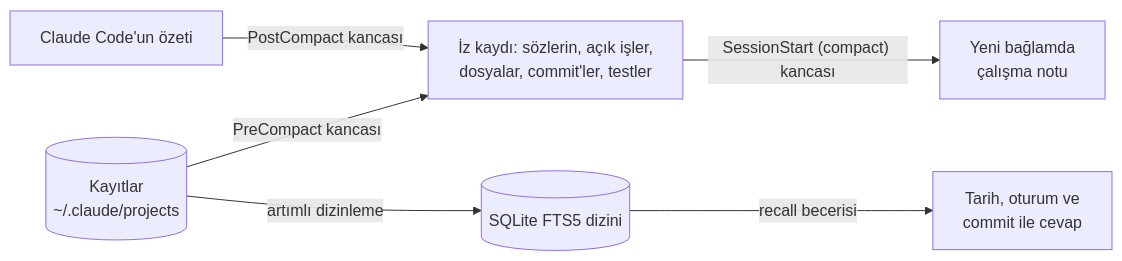
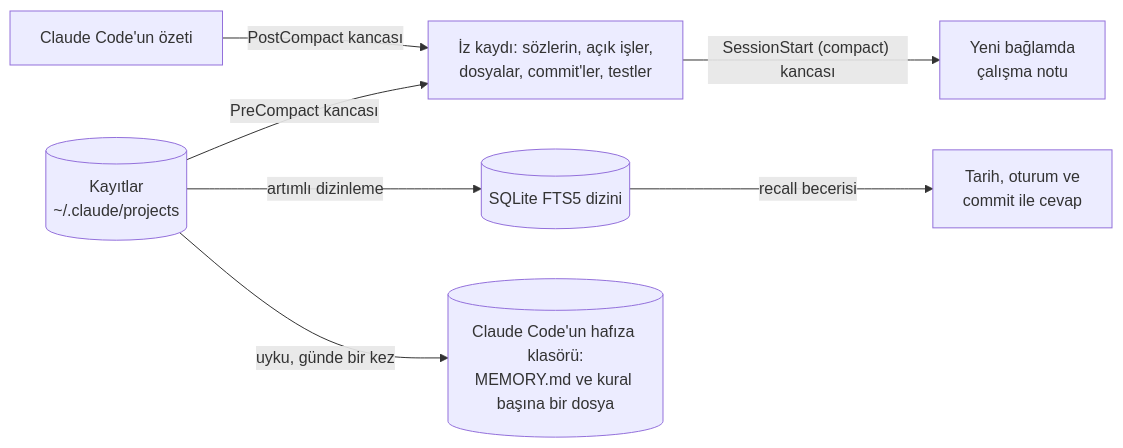
One commit to cihanatak/lr-memory changed the diagram in README.tr.md. Above: the diagram before and after it, drawn with Mermaid. The commit also changed other lines of this file and 12 other files, not shown here.

````diff
--- a/README.tr.md
+++ b/README.tr.md
@@ -48,8 +55,9 @@
 ```mermaid
 flowchart LR
   T[("Kayıtlar<br/>~/.claude/projects")] -->|PreCompact kancası| R["İz kaydı: sözlerin, açık işler,<br/>dosyalar, commit'ler, testler"]
   S["Claude Code'un özeti"] -->|PostCompact kancası| R
   R -->|"SessionStart (compact) kancası"| N["Yeni bağlamda<br/>çalışma notu"]
   T -->|"artımlı dizinleme"| I[("SQLite FTS5 dizini")]
   I -->|"recall becerisi"| A["Tarih, oturum ve<br/>commit ile cevap"]
+  T -->|"uyku, günde bir kez"| M[("Claude Code'un hafıza klasörü:<br/>MEMORY.md ve kural başına bir dosya")]
 ```
````
